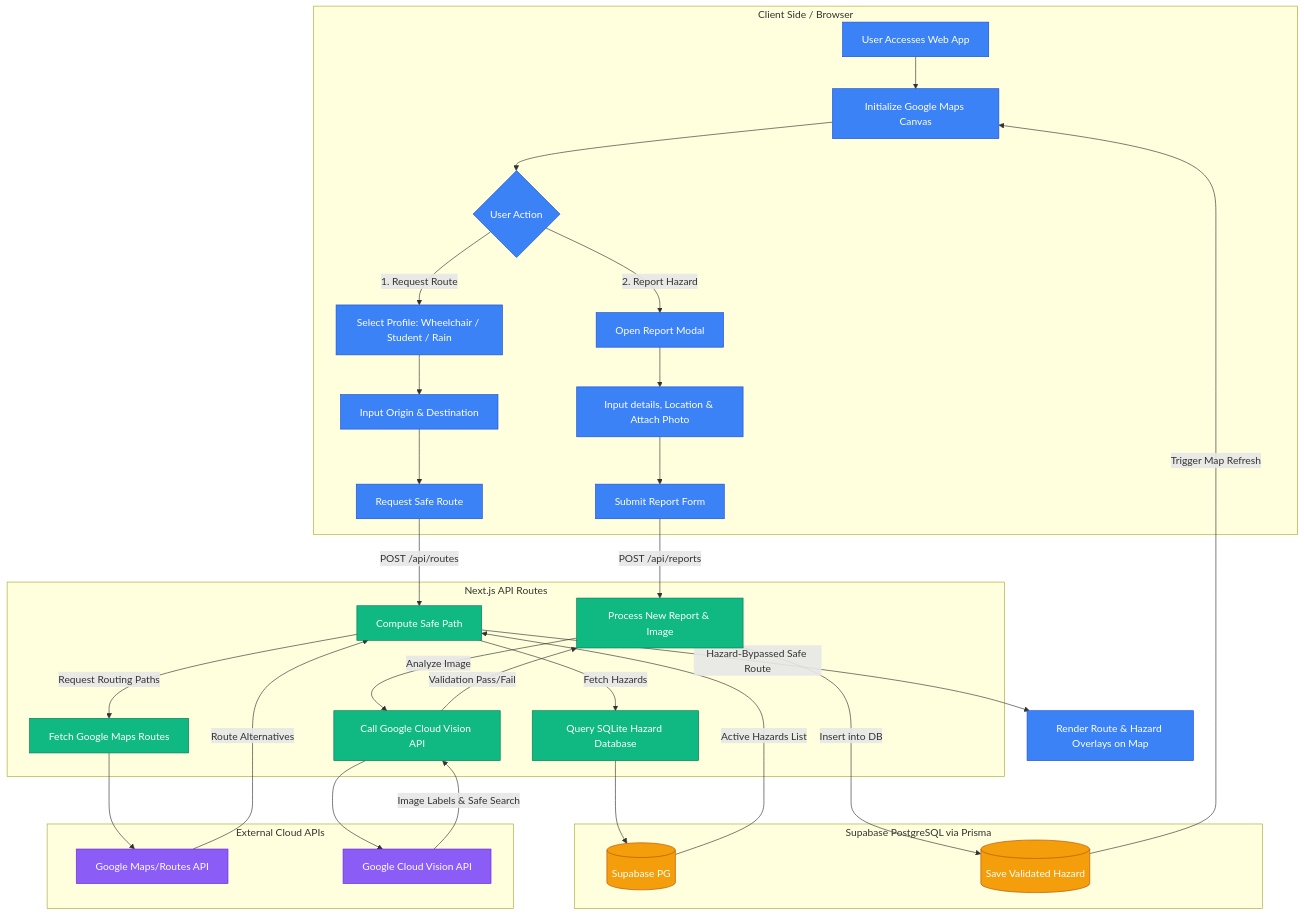
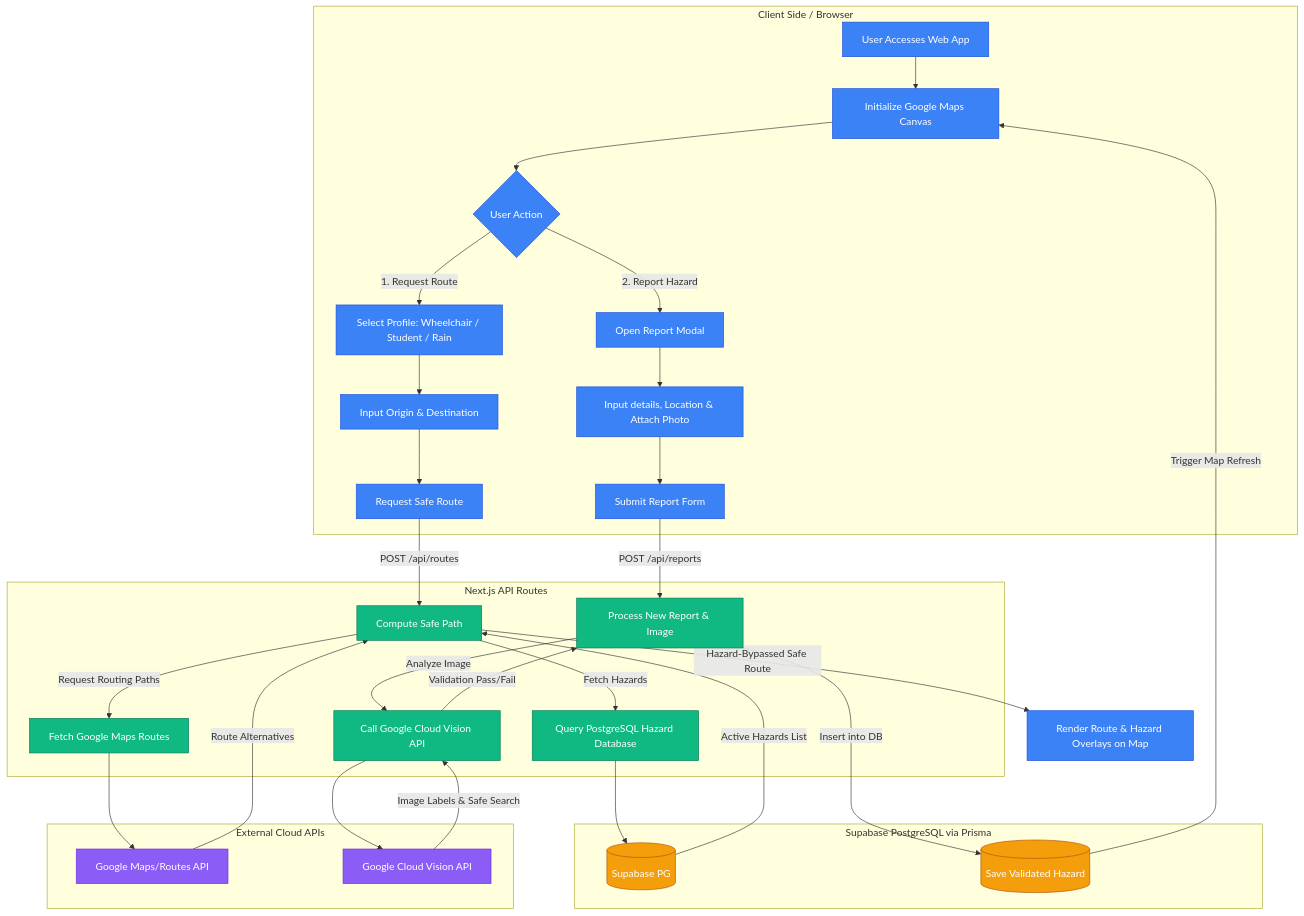
Before and after one commit to JJ-l4lbs/Ligtas-Larga: the second of 2 diagrams in Architecture.md, drawn with Mermaid. The commit also changed other lines of this file and 9 other files, not shown here.

Commit message:
Standardize database to Supabase PostgreSQL and enforce mobile-first architecture in documentation

````diff
--- a/Architecture.md
+++ b/Architecture.md
@@ -35,58 +35,58 @@
 ```mermaid
 graph TD
     classDef client fill:#3b82f6,stroke:#1d4ed8,color:#fff;
     classDef api fill:#10b981,stroke:#047857,color:#fff;
     classDef db fill:#f59e0b,stroke:#b45309,color:#fff;
     classDef external fill:#8b5cf6,stroke:#6d28d9,color:#fff;
 
     subgraph Client [Client Side / Browser]
         A[User Accesses Web App] --> B[Initialize Google Maps Canvas]
         B --> C{User Action}
         
         %% Routing Flow
         C -->|1. Request Route| D[Select Profile: Wheelchair / Student / Rain]
         D --> E[Input Origin & Destination]
         E --> F[Request Safe Route]
         
         %% Reporting Flow
         C -->|2. Report Hazard| G[Open Report Modal]
         G --> H[Input details, Location & Attach Photo]
         H --> I[Submit Report Form]
     end
 
     subgraph Next_Backend [Next.js API Routes]
         %% Route calculation api
         F -->|POST /api/routes| J[Compute Safe Path]
-        J -->|Fetch Hazards| K[Query SQLite Hazard Database]
+        J -->|Fetch Hazards| K[Query PostgreSQL Hazard Database]
         J -->|Request Routing Paths| L[Fetch Google Maps Routes]
         
         %% Hazard verification api
         I -->|POST /api/reports| M[Process New Report & Image]
         M -->|Analyze Image| N[Call Google Cloud Vision API]
     end
 
     subgraph Database [Supabase PostgreSQL via Prisma]
         K --> O[(Supabase PG)]
         P[(Save Validated Hazard)]
     end
 
     subgraph External_Services [External Cloud APIs]
         L --> Q[Google Maps/Routes API]
         N --> R[Google Cloud Vision API]
     end
 
     %% Flow returns
     Q -->|Route Alternatives| J
     O -->|Active Hazards List| J
     J -->|Hazard-Bypassed Safe Route| S[Render Route & Hazard Overlays on Map]
     
     R -->|Image Labels & Safe Search| N
     N -->|Validation Pass/Fail| M
     M -->|Insert into DB| P
     P -->|Trigger Map Refresh| B
     
     class A,B,C,D,E,F,G,H,I,S client;
     class J,K,L,M,N api;
     class O,P db;
     class Q,R external;
 ```
````
